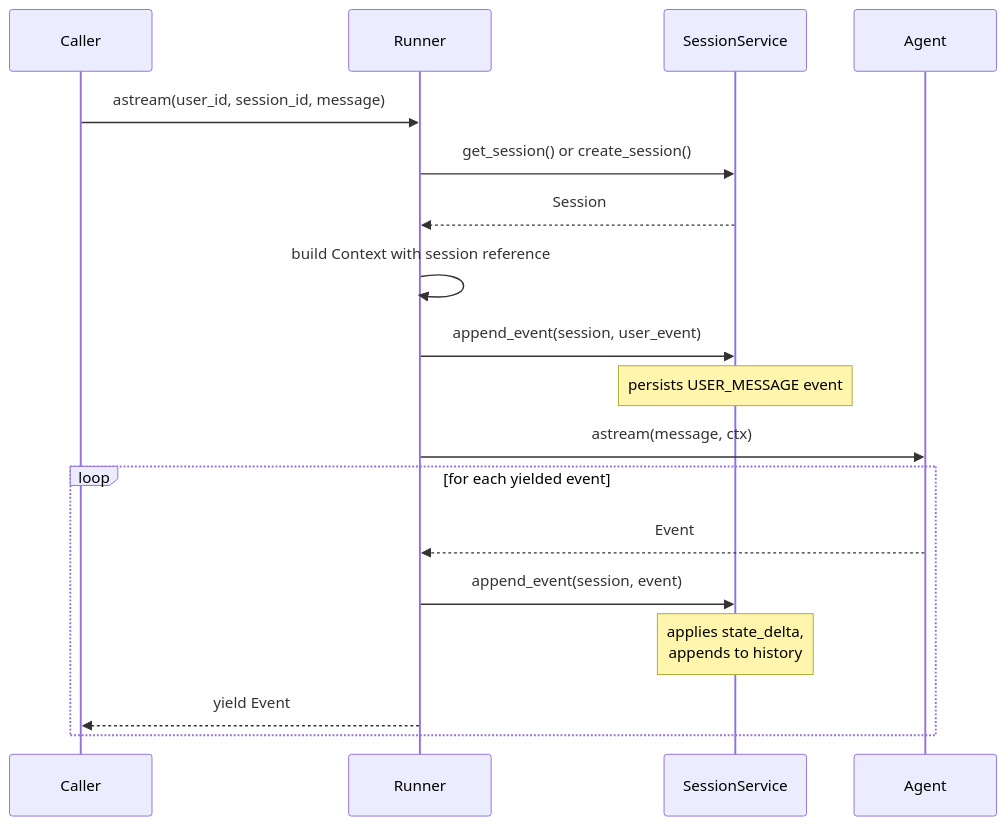
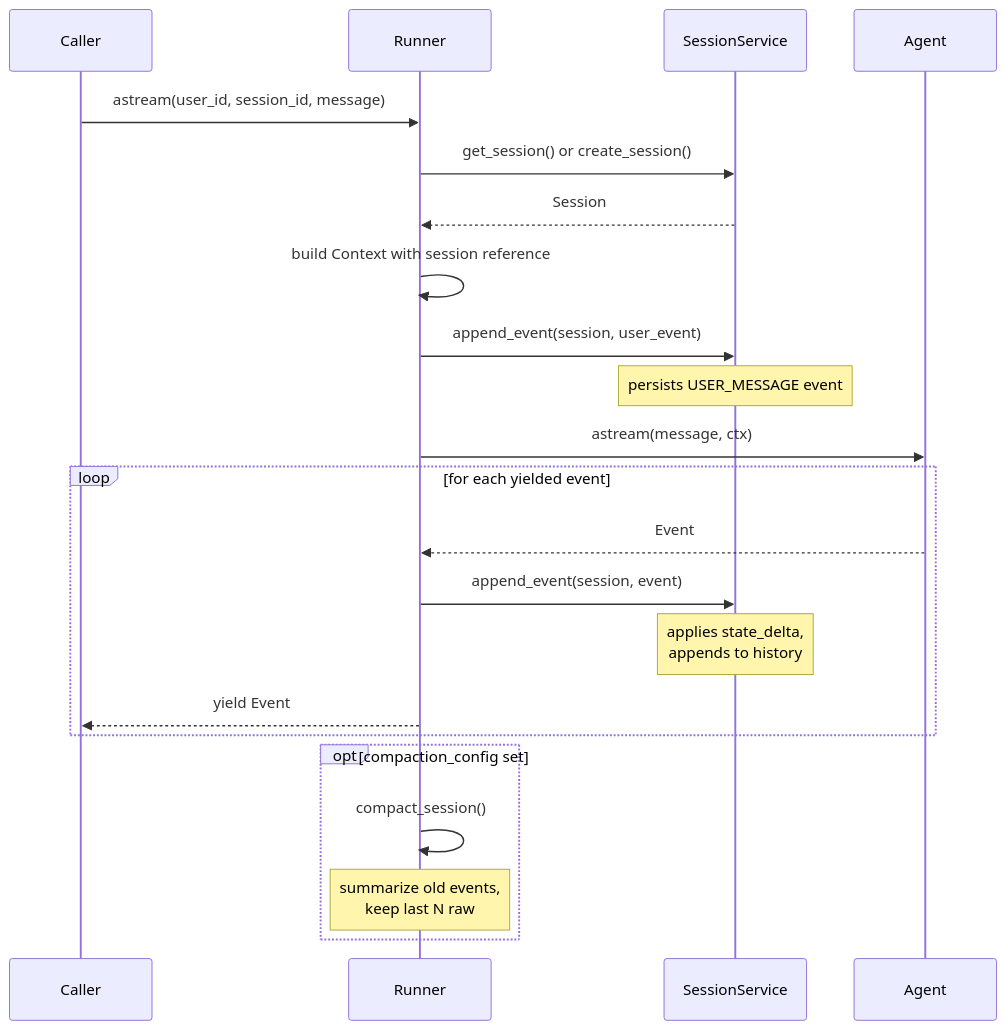
One commit to NicolaiLassen/langchain-adk changed the second of 2 diagrams in docs/architecture.mdx. Above: the diagram before and after it, drawn with Mermaid. The commit also changed other lines of this file and 43 other files, not shown here.

````diff
--- a/docs/architecture.mdx
+++ b/docs/architecture.mdx
@@ -47,23 +49,28 @@
 ```mermaid
 sequenceDiagram
     participant C as Caller
     participant R as Runner
     participant S as SessionService
     participant A as Agent
 
     C->>R: astream(user_id, session_id, message)
     R->>S: get_session() or create_session()
     S-->>R: Session
     R->>R: build Context with session reference
     R->>S: append_event(session, user_event)
     note over S: persists USER_MESSAGE event
 
     R->>A: astream(message, ctx)
 
     loop for each yielded event
         A-->>R: Event
         R->>S: append_event(session, event)
         note over S: applies state_delta,<br/>appends to history
         R-->>C: yield Event
     end
+
+    opt compaction_config set
+        R->>R: compact_session()
+        note over R: summarize old events,<br/>keep last N raw
+    end
 ```
````
